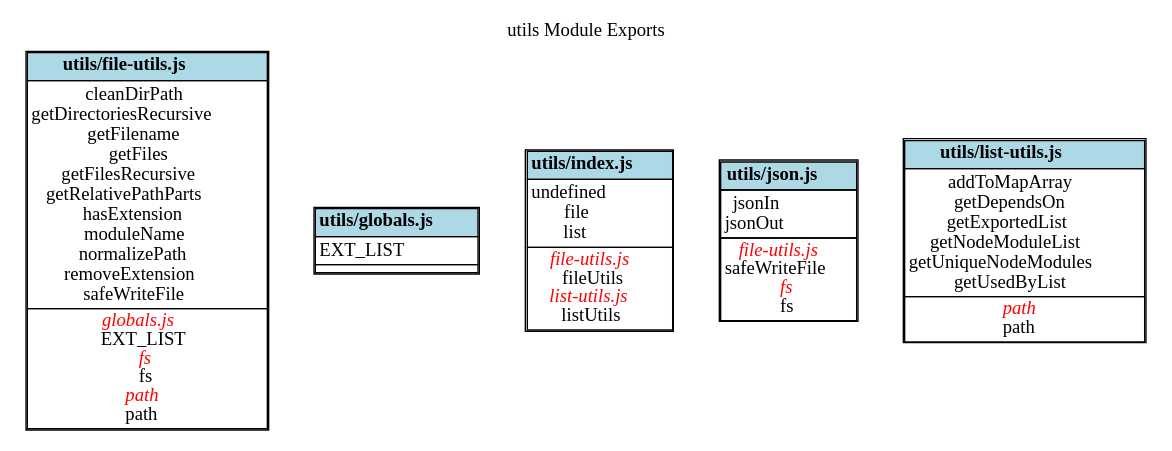
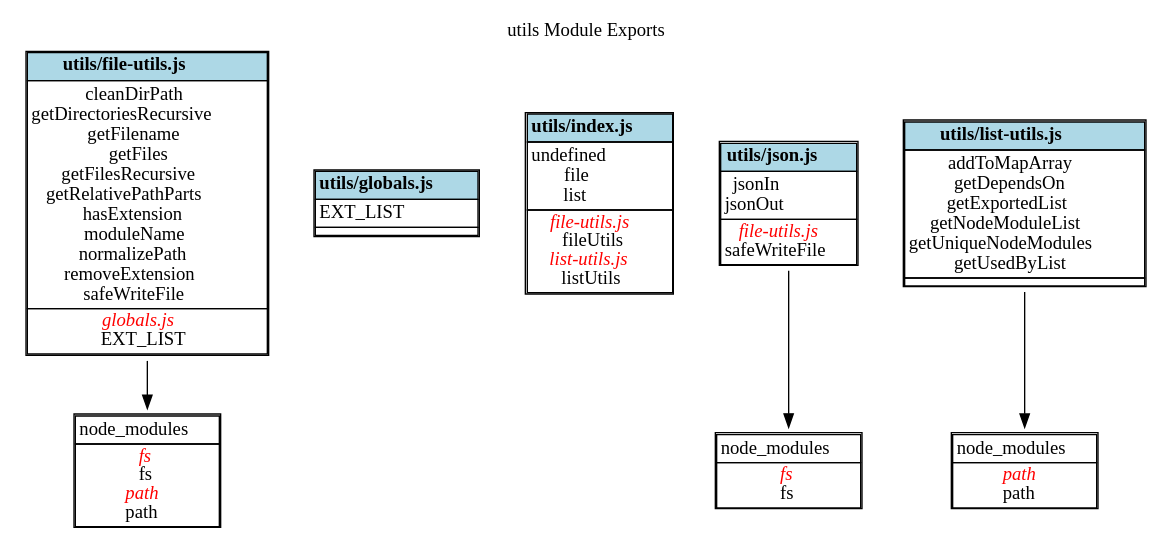
The diagram in docs/utils/ExportGraph.dot (fleebe/dep-graph), drawn with Graphviz before and after one commit. The commit also changed 21 other files, not shown here.

Commit message:
IMplemented node_moduels in Modeul Export and made sure the code completes the generation of SVG files before it tries to create diagrams.html

```diff
--- a/docs/utils/ExportGraph.dot
+++ b/docs/utils/ExportGraph.dot
@@ -1,82 +1,95 @@
 digraph {label="utils Module Exports";
 labelloc="t";
-"utils/file-utils.js" [shape=none, label=<<TABLE cellspacing="0" cellborder="1">
+"utils/file-utils.js" [shape = none, label =<<TABLE cellspacing="0" cellborder="1" align="left">
 <TR><TD bgcolor="lightblue" align="center"><B>utils/file-utils.js</B></TD></TR>
 <TR><TD align="left">
 cleanDirPath<BR/>
 getDirectoriesRecursive<BR/>
 getFilename<BR/>
 getFiles<BR/>
 getFilesRecursive<BR/>
 getRelativePathParts<BR/>
 hasExtension<BR/>
 moduleName<BR/>
 normalizePath<BR/>
 removeExtension<BR/>
 safeWriteFile<BR/>
 </TD></TR>
 <TR><TD align="center">
 <font color="red"><I>globals.js</I></font><BR/>
 EXT_LIST<BR/>
+</TD></TR>
+</TABLE>>];
+"utils/file-utils.js-node_modules" [shape = none, label =<<TABLE cellspacing="0" cellborder="1" align="left">
+<TR><TD>node_modules</TD></TR>
+<TR><TD align="center">
 <font color="red"><I>fs</I></font><BR/>
 fs<BR/>
 <font color="red"><I>path</I></font><BR/>
 path<BR/>
 </TD></TR>
 </TABLE>>];
-
-"utils/globals.js" [shape=none, label=<<TABLE cellspacing="0" cellborder="1">
+"utils/file-utils.js"->"utils/file-utils.js-node_modules"
+"utils/globals.js" [shape = none, label =<<TABLE cellspacing="0" cellborder="1" align="left">
 <TR><TD bgcolor="lightblue" align="center"><B>utils/globals.js</B></TD></TR>
 <TR><TD align="left">
 EXT_LIST<BR/>
 </TD></TR>
 <TR><TD align="center">
 </TD></TR>
 </TABLE>>];
-
-"utils/index.js" [shape=none, label=<<TABLE cellspacing="0" cellborder="1">
+"utils/index.js" [shape = none, label =<<TABLE cellspacing="0" cellborder="1" align="left">
 <TR><TD bgcolor="lightblue" align="center"><B>utils/index.js</B></TD></TR>
 <TR><TD align="left">
 undefined<BR/>
 file<BR/>
 list<BR/>
 </TD></TR>
 <TR><TD align="center">
 <font color="red"><I>file-utils.js</I></font><BR/>
 fileUtils<BR/>
 <font color="red"><I>list-utils.js</I></font><BR/>
 listUtils<BR/>
 </TD></TR>
 </TABLE>>];
-
-"utils/json.js" [shape=none, label=<<TABLE cellspacing="0" cellborder="1">
+"utils/json.js" [shape = none, label =<<TABLE cellspacing="0" cellborder="1" align="left">
 <TR><TD bgcolor="lightblue" align="center"><B>utils/json.js</B></TD></TR>
 <TR><TD align="left">
 jsonIn<BR/>
 jsonOut<BR/>
 </TD></TR>
 <TR><TD align="center">
 <font color="red"><I>file-utils.js</I></font><BR/>
 safeWriteFile<BR/>
+</TD></TR>
+</TABLE>>];
+"utils/json.js-node_modules" [shape = none, label =<<TABLE cellspacing="0" cellborder="1" align="left">
+<TR><TD>node_modules</TD></TR>
+<TR><TD align="center">
 <font color="red"><I>fs</I></font><BR/>
 fs<BR/>
 </TD></TR>
 </TABLE>>];
-
-"utils/list-utils.js" [shape=none, label=<<TABLE cellspacing="0" cellborder="1">
+"utils/json.js"->"utils/json.js-node_modules"
+"utils/list-utils.js" [shape = none, label =<<TABLE cellspacing="0" cellborder="1" align="left">
 <TR><TD bgcolor="lightblue" align="center"><B>utils/list-utils.js</B></TD></TR>
 <TR><TD align="left">
 addToMapArray<BR/>
 getDependsOn<BR/>
 getExportedList<BR/>
 getNodeModuleList<BR/>
 getUniqueNodeModules<BR/>
 getUsedByList<BR/>
 </TD></TR>
 <TR><TD align="center">
+</TD></TR>
+</TABLE>>];
+"utils/list-utils.js-node_modules" [shape = none, label =<<TABLE cellspacing="0" cellborder="1" align="left">
+<TR><TD>node_modules</TD></TR>
+<TR><TD align="center">
 <font color="red"><I>path</I></font><BR/>
 path<BR/>
 </TD></TR>
 </TABLE>>];
-
+"utils/list-utils.js"->"utils/list-utils.js-node_modules"
 }
```
